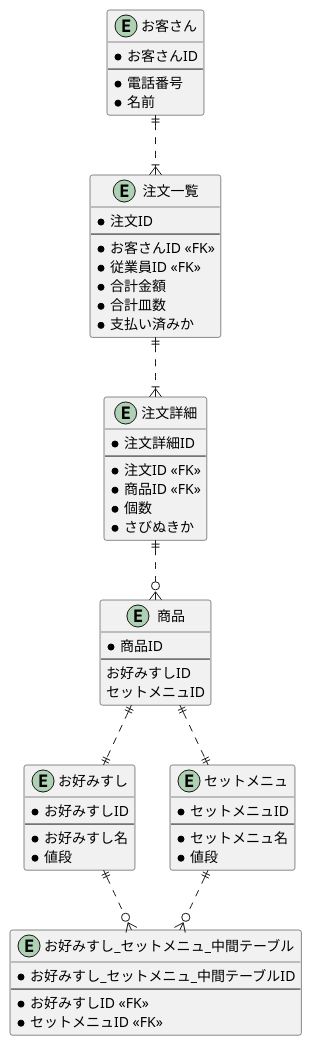
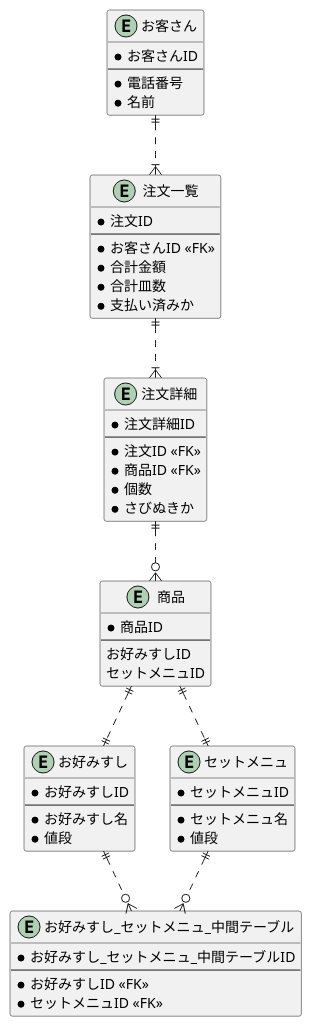
The diagram in F0yWy8HaLlWoST/01_データベース設計/01_DBモデリング1/kadai_01.md (praha-inc/praha-challenge-7), drawn with PlantUML before and after one commit. The commit also changed other lines of this file and 1 other file, not shown here.

Commit message:
feat: 課題1-2追加

````diff
--- a/F0yWy8HaLlWoST/01_データベース設計/01_DBモデリング1/kadai_01.md
+++ b/F0yWy8HaLlWoST/01_データベース設計/01_DBモデリング1/kadai_01.md
@@ -5,66 +5,65 @@
 ```plantuml
 @startuml
 entity "お客さん" as m_customer {
   *お客さんID
   --
   *電話番号
   *名前
 }
 
 entity "商品" as m_item {
   *商品ID
   --
   お好みすしID
   セットメニュID
 }
 
 entity "お好みすし" as m_sushi {
   *お好みすしID
   --
   *お好みすし名
   *値段
 }
 
 entity "セットメニュ" as m_set {
   *セットメニュID
   --
   *セットメニュ名
   *値段
 }
 
 entity "お好みすし_セットメニュ_中間テーブル" as set_sushi_belonging {
   *お好みすし_セットメニュ_中間テーブルID
   --
   *お好みすしID <<FK>>
   *セットメニュID <<FK>>
 }
 
 entity "注文一覧" as t_order {
   *注文ID
   --
   *お客さんID <<FK>>
-  *従業員ID <<FK>>
   *合計金額
   *合計皿数
   *支払い済みか
 }
 
 entity "注文詳細" as t_order_detail {
   *注文詳細ID
   --
   *注文ID <<FK>>
   *商品ID <<FK>>
   *個数
   *さびぬきか
 }
 
 m_customer ||..|{ t_order
 t_order ||..|{ t_order_detail
 t_order_detail ||..o{ m_item
 m_item ||..|| m_sushi
 m_item ||..|| m_set
 m_sushi ||..o{ set_sushi_belonging
 m_set ||..o{ set_sushi_belonging
 
 @enduml
 ```
````
